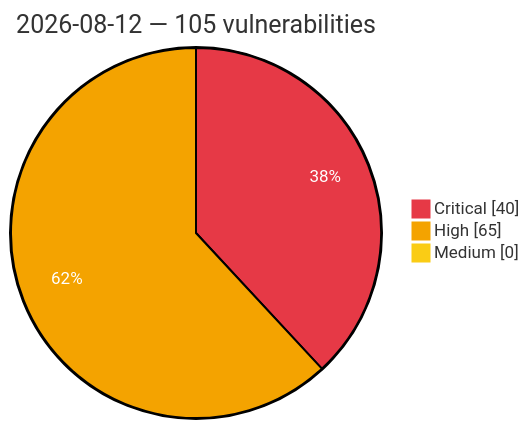
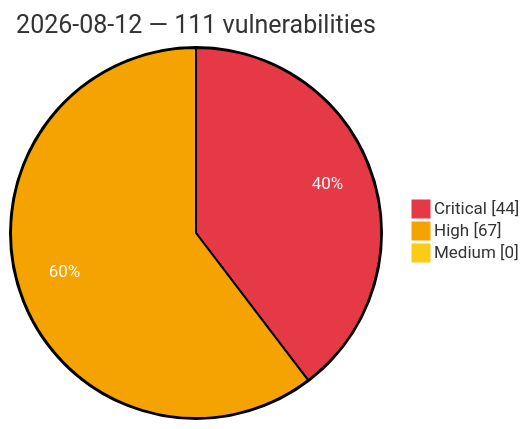
One commit to GhostX0X/vuln-tracker changed the diagram in vulnerabilities/2026/August/2026-08-12.md. Above: the diagram before and after it, drawn with Mermaid. The commit also changed other lines of this file and 8 other files, not shown here.

Commit message:
Auto update: critical/high vulns (2026-08-13 02:22 UTC)

````diff
--- a/vulnerabilities/2026/August/2026-08-12.md
+++ b/vulnerabilities/2026/August/2026-08-12.md
@@ -3,8 +3,8 @@
 ```mermaid
 %%{init: {'theme':'base', 'themeVariables': {'pie1':'#e63946', 'pie2':'#f4a300', 'pie3':'#facc15', 'pieOpacity':'1', 'pieOuterStrokeWidth':'2px', 'pieSectionTextColor':'#ffffff'}}}%%
 pie showData
-    title 2026-08-12 — 105 vulnerabilities
-    "Critical" : 40
-    "High" : 65
+    title 2026-08-12 — 111 vulnerabilities
+    "Critical" : 44
+    "High" : 67
     "Medium" : 0
 ```
````
